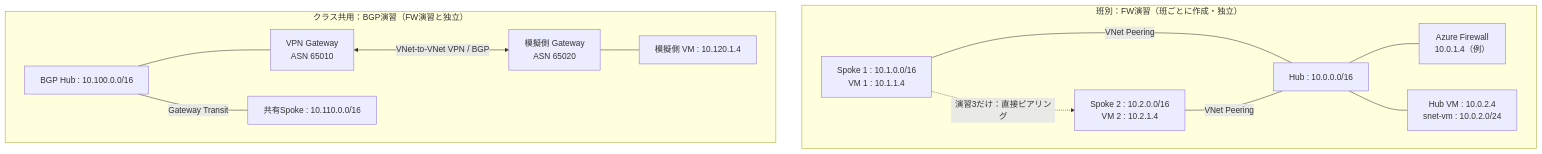
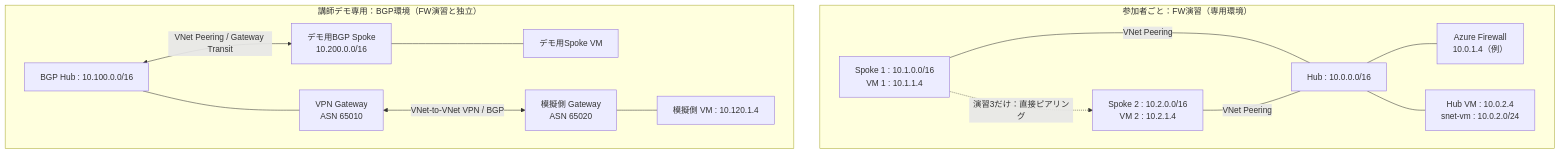
The diagram in Network/ハンズオン/00-NWハンズオンの進め方.md (zukakosan/Azure-Infra-handson-202611), drawn with Mermaid before and after one commit. The commit also changed other lines of this file and 142 other files, not shown here.

````diff
--- a/Network/ハンズオン/00-NWハンズオンの進め方.md
+++ b/Network/ハンズオン/00-NWハンズオンの進め方.md
@@ -49,28 +51,30 @@
 ```mermaid
 flowchart TB
     S1["Spoke 1 : 10.1.0.0/16<br/>VM 1 : 10.1.1.4"]
     S2["Spoke 2 : 10.2.0.0/16<br/>VM 2 : 10.2.1.4"]
-    subgraph TEAM["班別：FW演習（班ごとに作成・独立）"]
+    subgraph TEAM["参加者ごと：FW演習（専用環境）"]
         S1["Spoke 1 : 10.1.0.0/16<br/>VM 1 : 10.1.1.4"]
         S2["Spoke 2 : 10.2.0.0/16<br/>VM 2 : 10.2.1.4"]
         FWH["Hub : 10.0.0.0/16"]
         FW["Azure Firewall<br/>10.0.1.4（例）"]
         HVM["Hub VM : 10.0.2.4<br/>snet-vm : 10.0.2.0/24"]
         S1 ---|"VNet Peering"| FWH
         S2 ---|"VNet Peering"| FWH
         FWH --- FW
         FWH --- HVM
     end
-    subgraph CLASS["クラス共用：BGP演習（FW演習と独立）"]
+    subgraph CLASS["講師デモ専用：BGP環境（FW演習と独立）"]
         SH["BGP Hub : 10.100.0.0/16"]
         SGW["VPN Gateway<br/>ASN 65010"]
-        SS["共有Spoke : 10.110.0.0/16"]
+        SS["デモ用BGP Spoke<br/>10.200.0.0/16"]
+        SVM["デモ用Spoke VM"]
         OGW["模擬側 Gateway<br/>ASN 65020"]
         VM3["模擬側 VM : 10.120.1.4"]
         SH --- SGW
-        SH ---|"Gateway Transit"| SS
+        SH <-->|"VNet Peering / Gateway Transit"| SS
+        SS --- SVM
         SGW <-->|"VNet-to-VNet VPN / BGP"| OGW
         OGW --- VM3
     end
     S1 -.->|"演習3だけ：直接ピアリング"| S2
 ```
````
